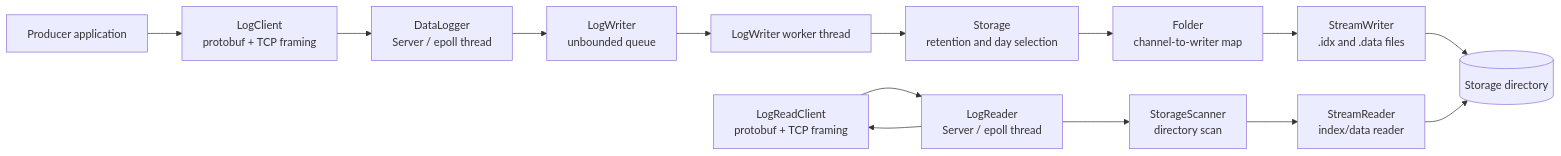
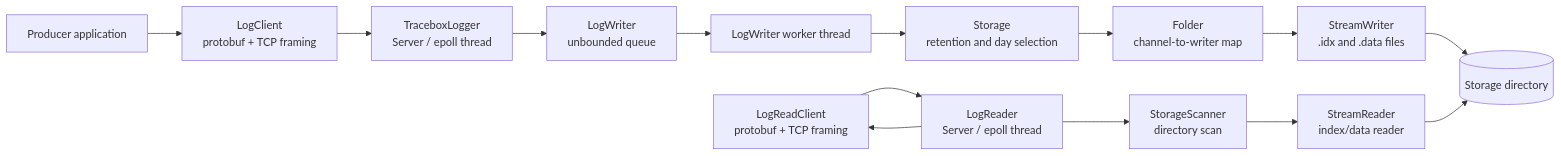
The first of 2 diagrams in docs/architecture.md (ip332/tracebox), drawn with Mermaid before and after one commit. The commit also changed other lines of this file and 18 other files, not shown here.

````diff
--- a/docs/architecture.md
+++ b/docs/architecture.md
@@ -21,22 +21,22 @@
 ```mermaid
 flowchart LR
     Producer[Producer application]
     LogClient[LogClient\nprotobuf + TCP framing]
-    WriteServer[DataLogger\nServer / epoll thread]
+    WriteServer[TraceboxLogger\nServer / epoll thread]
     Queue[LogWriter\nunbounded queue]
     WriterThread[LogWriter worker thread]
     Storage[Storage\nretention and day selection]
     Folder[Folder\nchannel-to-writer map]
     StreamWriter[StreamWriter\n.idx and .data files]
     Disk[(Storage directory)]
 
     ReaderClient[LogReadClient\nprotobuf + TCP framing]
     ReadServer[LogReader\nServer / epoll thread]
     Scanner[StorageScanner\ndirectory scan]
     StreamReader[StreamReader\nindex/data reader]
 
     Producer --> LogClient --> WriteServer --> Queue --> WriterThread
     WriterThread --> Storage --> Folder --> StreamWriter --> Disk
     ReaderClient --> ReadServer --> Scanner --> StreamReader --> Disk
     ReadServer --> ReaderClient
 ```
````
